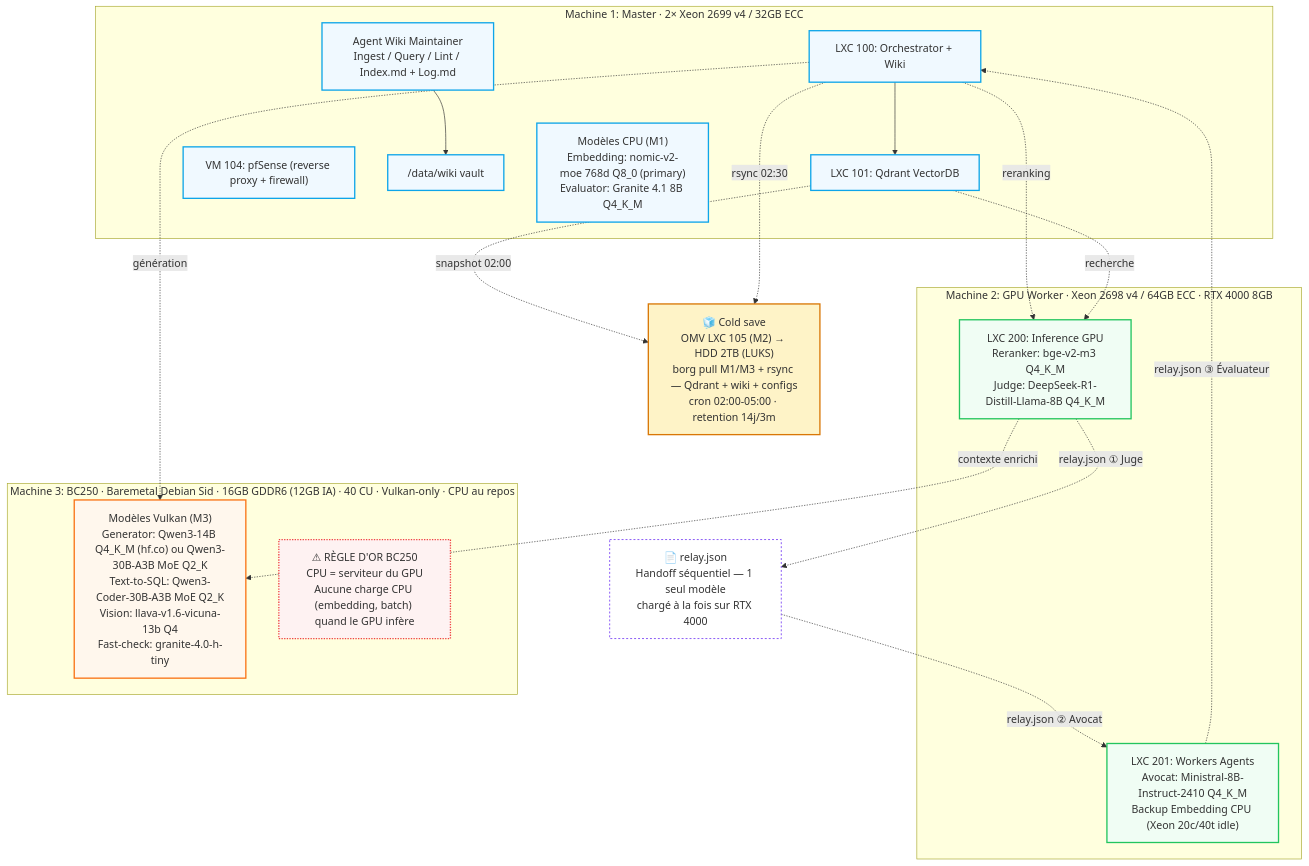
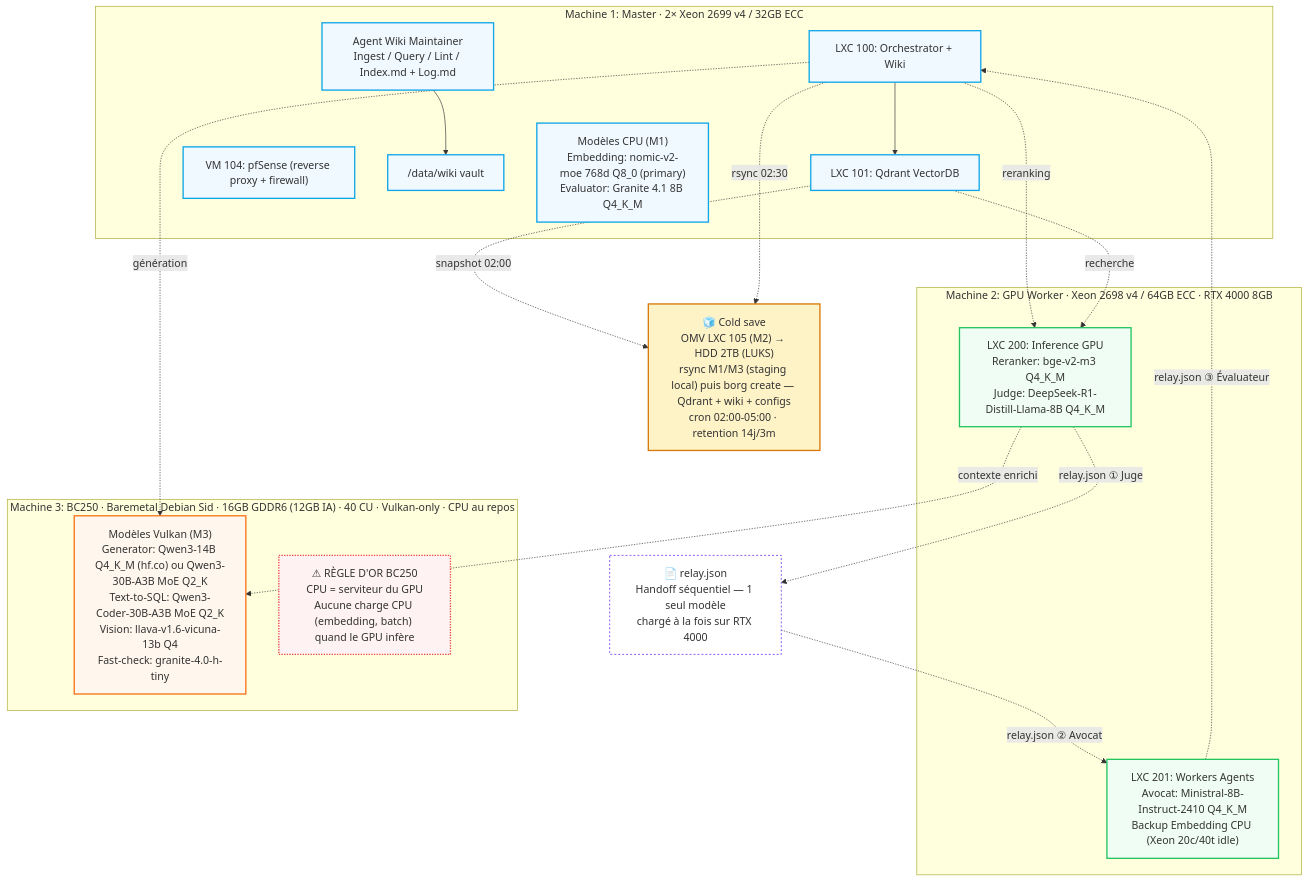
One commit to chelmooz/rag-multi-agent-cluster changed the second of 2 diagrams in docs/architecture.md. Above: the diagram before and after it, drawn with Mermaid. The commit also changed 4 other files, not shown here.

Commit message:
docs: fix Qdrant /healthz endpoints + cron borg pull→rsync+zstd + diagram labels

````diff
--- a/docs/architecture.md
+++ b/docs/architecture.md
@@ -83,44 +83,44 @@
 ```mermaid
 flowchart TB
     classDef m1 fill:#f0f9ff,stroke:#0ea5e9,stroke-width:2px
     classDef m2 fill:#f0fdf4,stroke:#22c55e,stroke-width:2px
     classDef m3 fill:#fff7ed,stroke:#f97316,stroke-width:2px
     classDef warn fill:#fef2f2,stroke:#ef4444,stroke-width:2px,stroke-dasharray: 2 2
     classDef cold fill:#fef3c7,stroke:#d97706,stroke-width:2px
     classDef op fill:#ffffff,stroke:#8b5cf6,stroke-width:1.5px,stroke-dasharray: 3 3
 
     subgraph Machine1["Machine 1: Master · 2× Xeon 2699 v4 / 32GB ECC"]
         M1_100["LXC 100: Orchestrator + Wiki"]:::m1
         M1_101["LXC 101: Qdrant VectorDB"]:::m1
         M1_104["VM 104: pfSense (reverse proxy + firewall)"]:::m1
         M1_vault["/data/wiki vault"]:::m1
         M1_models["Modèles CPU (M1)<br/>Embedding: nomic-v2-moe 768d Q8_0 (primary)<br/>Evaluator: Granite 4.1 8B Q4_K_M"]:::m1
         M1_wiki["Agent Wiki Maintainer<br/>Ingest / Query / Lint / Index.md + Log.md"]:::m1
     end
 
     subgraph Machine2["Machine 2: GPU Worker · Xeon 2698 v4 / 64GB ECC · RTX 4000 8GB"]
         M2_200["LXC 200: Inference GPU<br/>Reranker: bge-v2-m3 Q4_K_M<br/>Judge: DeepSeek-R1-Distill-Llama-8B Q4_K_M"]:::m2
         M2_201["LXC 201: Workers Agents<br/>Avocat: Ministral-8B-Instruct-2410 Q4_K_M<br/>Backup Embedding CPU (Xeon 20c/40t idle)"]:::m2
     end
 
     subgraph Machine3["Machine 3: BC250 · Baremetal Debian Sid · 16GB GDDR6 (12GB IA) · 40 CU · Vulkan-only · CPU au repos"]
         M3_models["Modèles Vulkan (M3)<br/>Generator: Qwen3-14B Q4_K_M (hf.co) ou Qwen3-30B-A3B MoE Q2_K<br/>Text-to-SQL: Qwen3-Coder-30B-A3B MoE Q2_K<br/>Vision: llava-v1.6-vicuna-13b Q4<br/>Fast-check: granite-4.0-h-tiny"]:::m3
         M3_warn["⚠ RÈGLE D'OR BC250<br/>CPU = serviteur du GPU<br/>Aucune charge CPU (embedding, batch) quand le GPU infère"]:::warn
     end
 
     Relay["📄 relay.json<br/>Handoff séquentiel — 1 seul modèle<br/>chargé à la fois sur RTX 4000"]:::op
 
-    Cold["🧊 Cold save<br/>OMV LXC 105 (M2) → HDD 2TB (LUKS)<br/>borg pull M1/M3 + rsync — Qdrant + wiki + configs<br/>cron 02:00-05:00 · retention 14j/3m"]:::cold
+    Cold["🧊 Cold save<br/>OMV LXC 105 (M2) → HDD 2TB (LUKS)<br/>rsync M1/M3 (staging local) puis borg create — Qdrant + wiki + configs<br/>cron 02:00-05:00 · retention 14j/3m"]:::cold
 
     M1_100 --> M1_101
     M1_wiki --> M1_vault
     M1_100 -.->|reranking| M2_200
     M1_101 -.->|recherche| M2_200
     M2_200 -.->|relay.json ① Juge| Relay
     Relay -.->|relay.json ② Avocat| M2_201
     M2_201 -.->|relay.json ③ Évaluateur| M1_100
     M1_100 -.->|génération| M3_models
     M2_200 -.->|contexte enrichi| M3_models
     M1_101 -.->|snapshot 02:00| Cold
     M1_100 -.->|rsync 02:30| Cold
 ```
````
